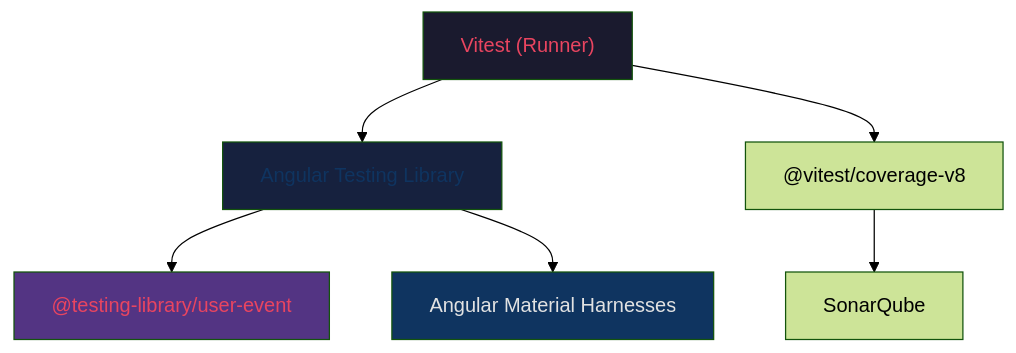
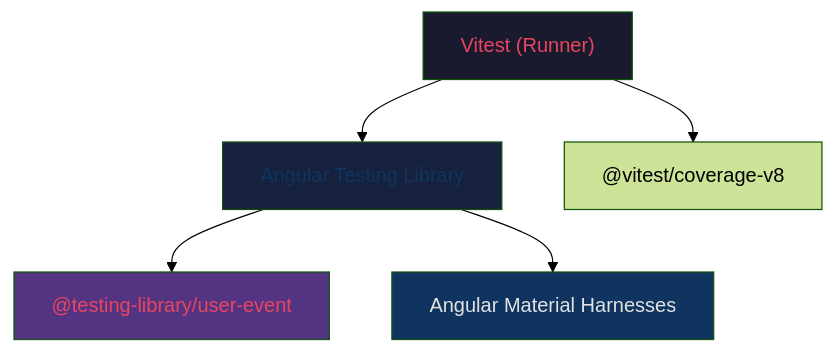
The ninth of 10 diagrams in docs/specs/TDD.md (Br0wnZ/intaqalab-vm), drawn with Mermaid (forest theme) before and after one commit. The commit also changed other lines of this file and 11 other files, not shown here.

````diff
--- a/docs/specs/TDD.md
+++ b/docs/specs/TDD.md
@@ -1042,13 +1041,12 @@
 ```mermaid
 graph TD
     VITEST["Vitest (Runner)"] --> ATL["Angular Testing Library"]
     ATL --> UE["@testing-library/user-event"]
     ATL --> HARNESS["Angular Material Harnesses"]
     VITEST --> COVERAGE["@vitest/coverage-v8"]
-    COVERAGE --> SONAR["SonarQube"]
 
     style VITEST fill:#1a1a2e,color:#e94560
     style ATL fill:#16213e,color:#0f3460
     style UE fill:#533483,color:#e94560
     style HARNESS fill:#0f3460,color:#e2e2e2
 ```
````
